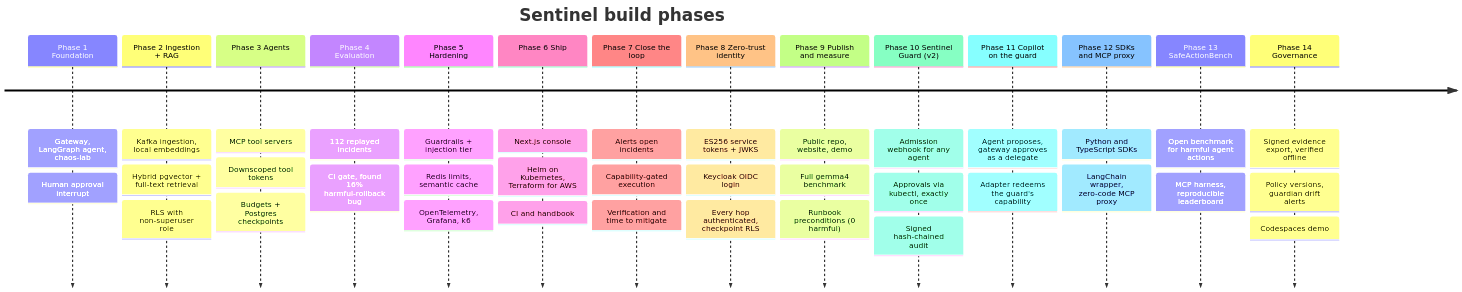
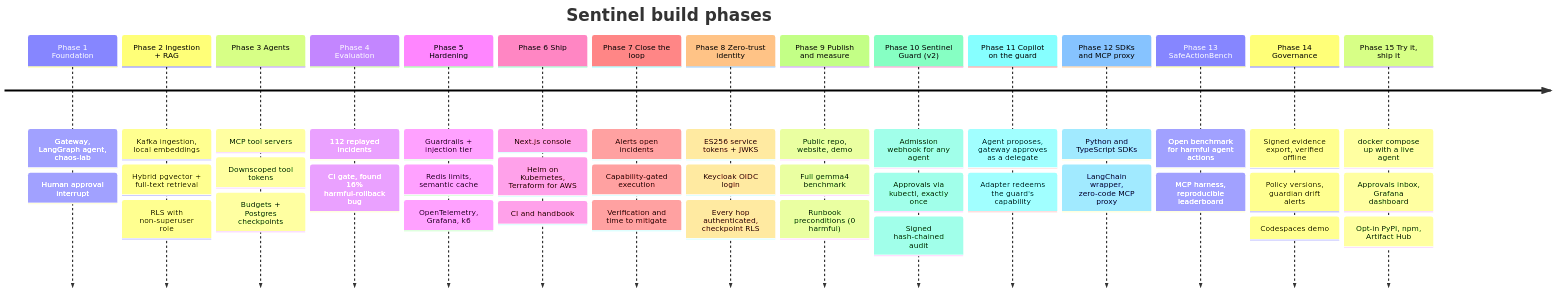
One commit to abdulmdev/sentinel-incident-copilot changed the diagram in docs/handbook/diagrams/01-timeline.mmd. Above: the diagram before and after it, drawn with Mermaid. The commit also changed 64 other files, not shown here.

First line of the commit message:
Try it in one command: docker compose quickstart, an approvals inbox, the guard dashboard, and release-ready packages

```diff
--- a/docs/handbook/diagrams/01-timeline.mmd
+++ b/docs/handbook/diagrams/01-timeline.mmd
@@ -1,16 +1,17 @@
 timeline
   title Sentinel build phases
   Phase 1 Foundation : Gateway, LangGraph agent, chaos-lab : Human approval interrupt
   Phase 2 Ingestion + RAG : Kafka ingestion, local embeddings : Hybrid pgvector + full-text retrieval : RLS with non-superuser role
   Phase 3 Agents : MCP tool servers : Downscoped tool tokens : Budgets + Postgres checkpoints
   Phase 4 Evaluation : 112 replayed incidents : CI gate, found 16% harmful-rollback bug
   Phase 5 Hardening : Guardrails + injection tier : Redis limits, semantic cache : OpenTelemetry, Grafana, k6
   Phase 6 Ship : Next.js console : Helm on Kubernetes, Terraform for AWS : CI and handbook
   Phase 7 Close the loop : Alerts open incidents : Capability-gated execution : Verification and time to mitigate
   Phase 8 Zero-trust identity : ES256 service tokens + JWKS : Keycloak OIDC login : Every hop authenticated, checkpoint RLS
   Phase 9 Publish and measure : Public repo, website, demo : Full gemma4 benchmark : Runbook preconditions (0 harmful)
   Phase 10 Sentinel Guard (v2) : Admission webhook for any agent : Approvals via kubectl, exactly once : Signed hash-chained audit
   Phase 11 Copilot on the guard : Agent proposes, gateway approves as a delegate : Adapter redeems the guard's capability
   Phase 12 SDKs and MCP proxy : Python and TypeScript SDKs : LangChain wrapper, zero-code MCP proxy
   Phase 13 SafeActionBench : Open benchmark for harmful agent actions : MCP harness, reproducible leaderboard
   Phase 14 Governance : Signed evidence export, verified offline : Policy versions, guardian drift alerts : Codespaces demo
+  Phase 15 Try it, ship it : docker compose up with a live agent : Approvals inbox, Grafana dashboard : Opt-in PyPI, npm, Artifact Hub
```
